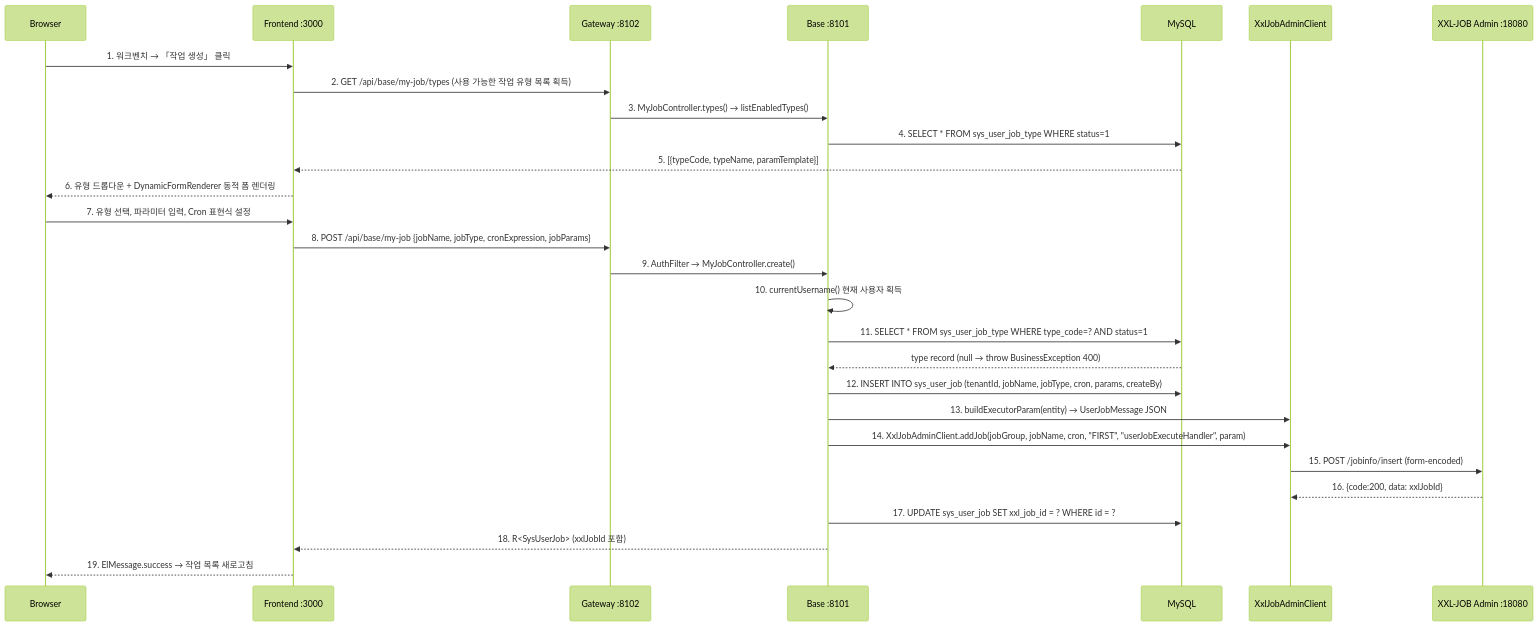
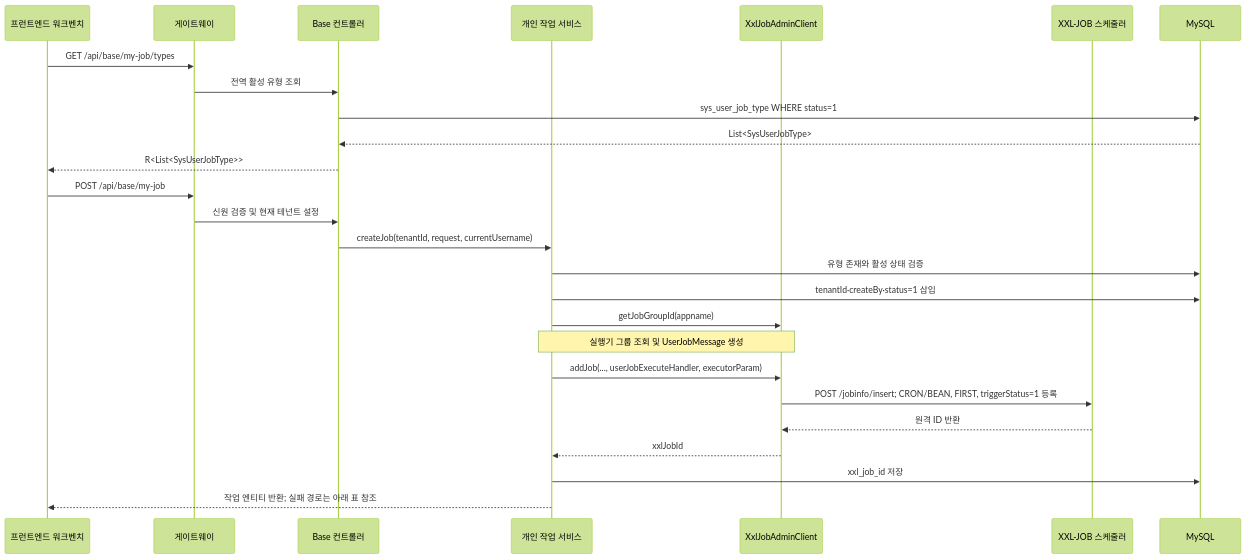
Diagram 12 of 21 in docs/core-flows.kr.md (wang-baohai/Omni-Stack), drawn with Mermaid (forest theme) before and after one commit. The commit also changed other lines of this file and 1095 other files, not shown here.

````diff
--- a/docs/core-flows.kr.md
+++ b/docs/core-flows.kr.md
@@ -1315,32 +1047,28 @@
 ```mermaid
 sequenceDiagram
-    participant B as Browser
-    participant F as Frontend :3000
-    participant G as Gateway :8102
-    participant Base as Base :8101
-    participant M as MySQL
+    participant F as 프런트엔드 워크벤치
+    participant G as 게이트웨이
+    participant C as Base 컨트롤러
+    participant S as 개인 작업 서비스
     participant X as XxlJobAdminClient
-    participant XA as XXL-JOB Admin :18080
-
-    B->>F: 1. 워크벤치 → 「작업 생성」 클릭
-    F->>G: 2. GET /api/base/my-job/types (사용 가능한 작업 유형 목록 획득)
-    G->>Base: 3. MyJobController.types() → listEnabledTypes()
-    Base->>M: 4. SELECT * FROM sys_user_job_type WHERE status=1
-    M-->>F: 5. [{typeCode, typeName, paramTemplate}]
-    F-->>B: 6. 유형 드롭다운 + DynamicFormRenderer 동적 폼 렌더링
-
-    B->>F: 7. 유형 선택, 파라미터 입력, Cron 표현식 설정
-    F->>G: 8. POST /api/base/my-job {jobName, jobType, cronExpression, jobParams}
-    G->>Base: 9. AuthFilter → MyJobController.create()
-    Base->>Base: 10. currentUsername() 현재 사용자 획득
-    Base->>M: 11. SELECT * FROM sys_user_job_type WHERE type_code=? AND status=1
-    M-->>Base: type record (null → throw BusinessException 400)
-    Base->>M: 12. INSERT INTO sys_user_job (tenantId, jobName, jobType, cron, params, createBy)
-    Base->>X: 13. buildExecutorParam(entity) → UserJobMessage JSON
-    Base->>X: 14. XxlJobAdminClient.addJob(jobGroup, jobName, cron, "FIRST", "userJobExecuteHandler", param)
-    X->>XA: 15. POST /jobinfo/insert (form-encoded)
-    XA-->>X: 16. {code:200, data: xxlJobId}
-    Base->>M: 17. UPDATE sys_user_job SET xxl_job_id = ? WHERE id = ?
-    Base-->>F: 18. R<SysUserJob> (xxlJobId 포함)
-    F-->>B: 19. ElMessage.success → 작업 목록 새로고침
+    participant A as XXL-JOB 스케줄러
+    participant D as MySQL
+    F->>G: GET /api/base/my-job/types
+    G->>C: 전역 활성 유형 조회
+    C->>D: sys_user_job_type WHERE status=1
+    D-->>C: List<SysUserJobType>
+    C-->>F: R<List<SysUserJobType>>
+    F->>G: POST /api/base/my-job
+    G->>C: 신원 검증 및 현재 테넌트 설정
+    C->>S: createJob(tenantId, request, currentUsername)
+    S->>D: 유형 존재와 활성 상태 검증
+    S->>D: tenantId·createBy·status=1 삽입
+    S->>X: getJobGroupId(appname)
+    Note over S,X: 실행기 그룹 조회 및 UserJobMessage 생성
+    S->>X: addJob(..., userJobExecuteHandler, executorParam)
+    X->>A: POST /jobinfo/insert#59; CRON/BEAN, FIRST, triggerStatus=1 등록
+    A-->>X: 원격 ID 반환
+    X-->>S: xxlJobId
+    S->>D: xxl_job_id 저장
+    S-->>F: 작업 엔티티 반환#59; 실패 경로는 아래 표 참조
 ```
````
